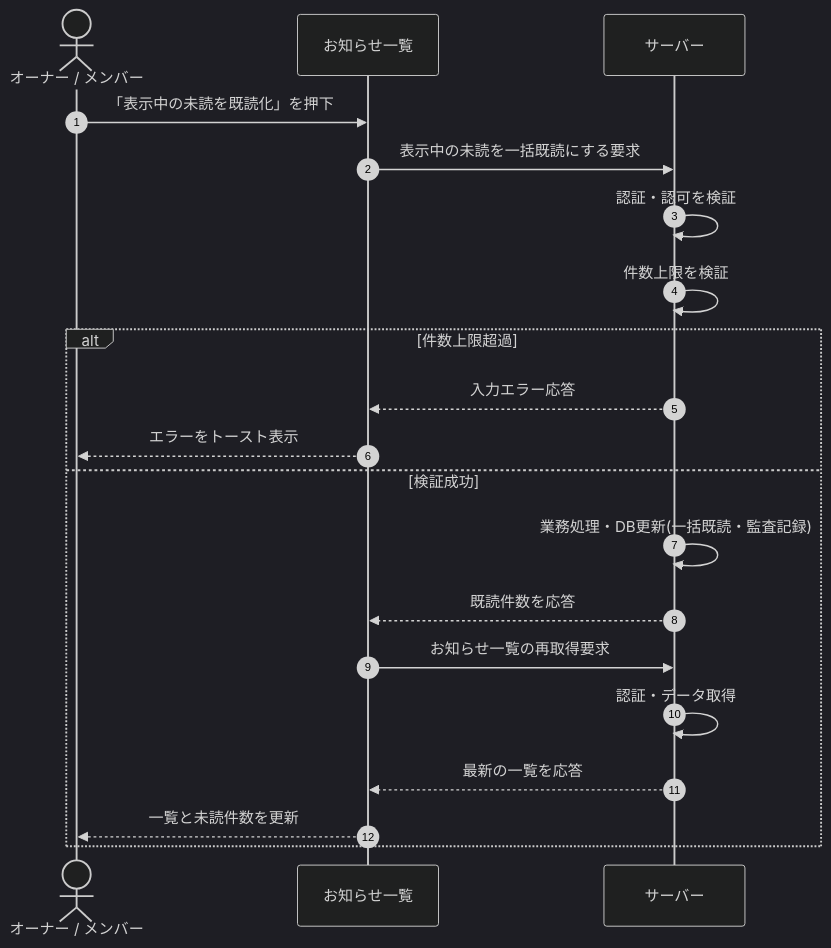
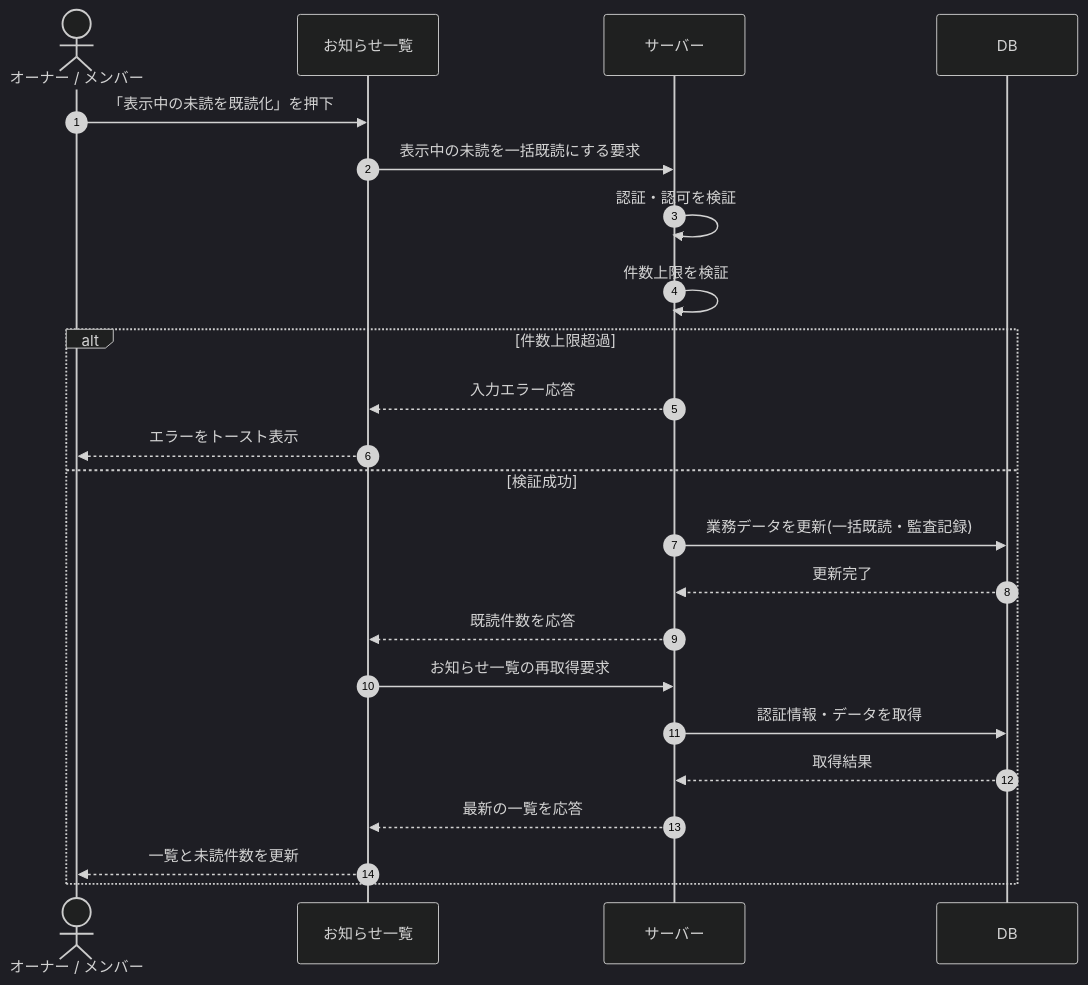
One commit to sikakou54/open-faq changed the diagram in 02_basic_design/03_sequences/SEQ-060.md. Above: the diagram before and after it, drawn with Mermaid (dark theme). The commit also changed other lines of this file and 122 other files, not shown here.

First line of the commit message:
シーケンス図に DB アクターを追加(DB 操作をサーバー自己メッセージから分離)

````diff
--- a/02_basic_design/03_sequences/SEQ-060.md
+++ b/02_basic_design/03_sequences/SEQ-060.md
@@ -26,22 +26,25 @@
 ```mermaid
 sequenceDiagram
   autonumber
   actor U as オーナー / メンバー
   participant Screen as お知らせ一覧
   participant Server as サーバー
+  participant DB as DB
   U->>Screen: 「表示中の未読を既読化」を押下
   Screen->>Server: 表示中の未読を一括既読にする要求
   Server->>Server: 認証・認可を検証
   Server->>Server: 件数上限を検証
   alt 件数上限超過
     Server-->>Screen: 入力エラー応答
     Screen-->>U: エラーをトースト表示
   else 検証成功
-    Server->>Server: 業務処理・DB更新(一括既読・監査記録)
+    Server->>DB: 業務データを更新(一括既読・監査記録)
+    DB-->>Server: 更新完了
     Server-->>Screen: 既読件数を応答
     Screen->>Server: お知らせ一覧の再取得要求
-    Server->>Server: 認証・データ取得
+    Server->>DB: 認証情報・データを取得
+    DB-->>Server: 取得結果
     Server-->>Screen: 最新の一覧を応答
     Screen-->>U: 一覧と未読件数を更新
   end
 ```
````
